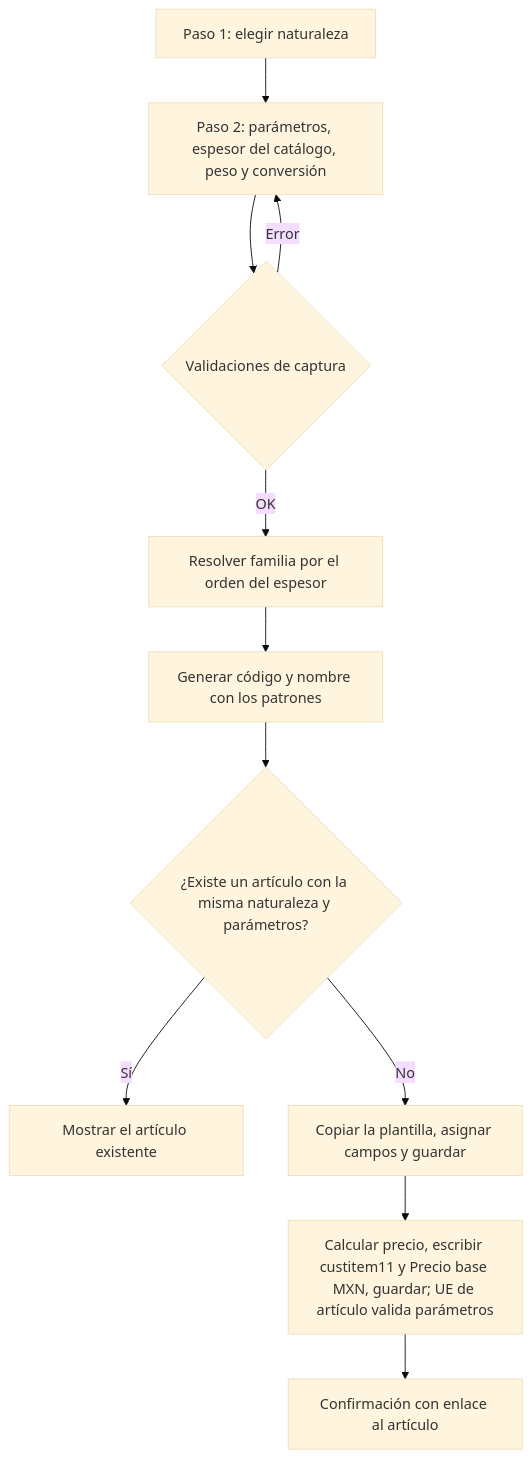
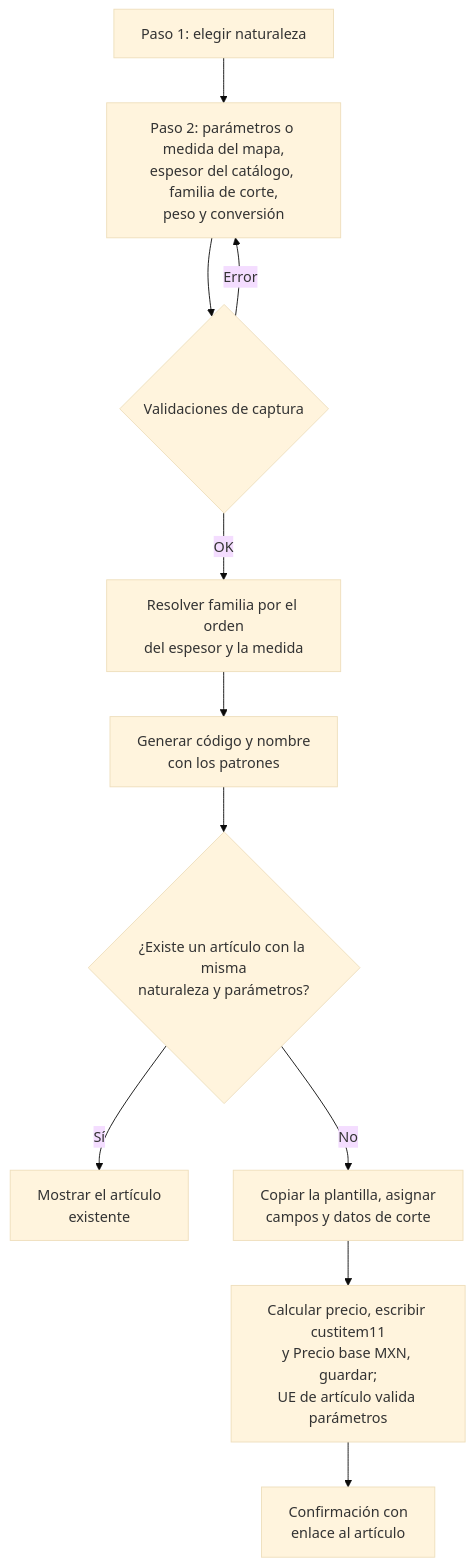
One commit to saulkgames/Naturaleza-de-Productos changed the first of 2 diagrams in README.md. Above: the diagram before and after it, drawn with Mermaid (base theme). The commit also changed other lines of this file and 1 other file, not shown here.

````diff
--- a/README.md
+++ b/README.md
@@ -43,13 +74,13 @@
 ```mermaid
 flowchart TD
-  A[Paso 1: elegir naturaleza] --> B[Paso 2: parámetros, espesor del catálogo, peso y conversión]
+  A[Paso 1: elegir naturaleza] --> B[Paso 2: parámetros o medida del mapa,<br/>espesor del catálogo, familia de corte,<br/>peso y conversión]
   B --> C{Validaciones de captura}
   C -- Error --> B
-  C -- OK --> D[Resolver familia por el orden del espesor]
-  D --> E[Generar código y nombre con los patrones]
-  E --> F{¿Existe un artículo con la misma naturaleza y parámetros?}
-  F -- Sí --> G[Mostrar el artículo existente]
-  F -- No --> H[Copiar la plantilla, asignar campos y guardar]
-  H --> I[Calcular precio, escribir custitem11 y Precio base MXN, guardar; UE de artículo valida parámetros]
-  I --> J[Confirmación con enlace al artículo]
+  C -- OK --> D[Resolver familia por el orden<br/>del espesor y la medida]
+  D --> E[Generar código y nombre<br/>con los patrones]
+  E --> F{¿Existe un artículo con la misma<br/>naturaleza y parámetros?}
+  F -- Sí --> G[Mostrar el artículo<br/>existente]
+  F -- No --> H[Copiar la plantilla, asignar<br/>campos y datos de corte]
+  H --> I[Calcular precio, escribir custitem11<br/>y Precio base MXN, guardar;<br/>UE de artículo valida parámetros]
+  I --> J[Confirmación con<br/>enlace al artículo]
 ```
````
